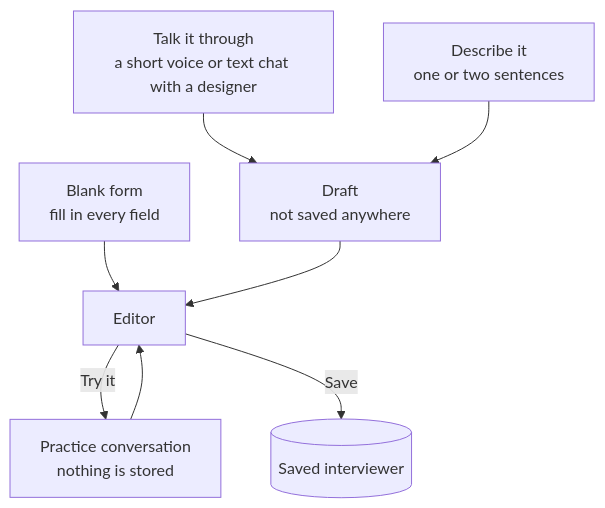
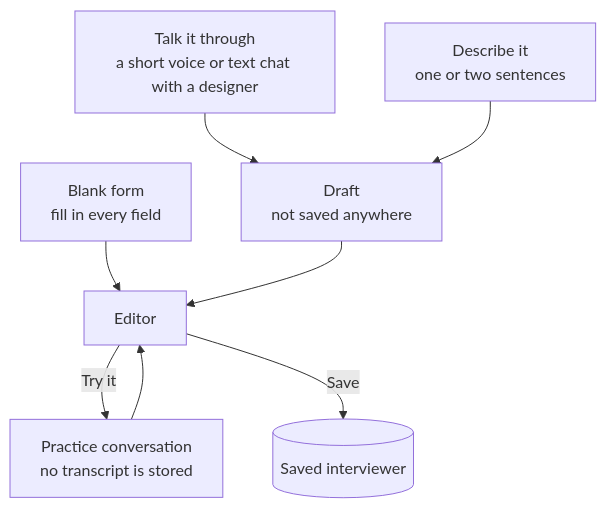
The first of 2 diagrams in docs/interviewers.md (mgwinthrop/interview-studio), drawn with Mermaid before and after one commit. The commit also changed other lines of this file and 3 other files, not shown here.

````diff
--- a/docs/interviewers.md
+++ b/docs/interviewers.md
@@ -51,10 +51,10 @@
 ```mermaid
 flowchart TD
     A["Talk it through<br/>a short voice or text chat with a designer"] --> D
     B["Describe it<br/>one or two sentences"] --> D
     C["Blank form<br/>fill in every field"] --> E
     D["Draft<br/>not saved anywhere"] --> E["Editor"]
-    E -- "Try it" --> T["Practice conversation<br/>nothing is stored"]
+    E -- "Try it" --> T["Practice conversation<br/>no transcript is stored"]
     T --> E
     E -- "Save" --> S[("Saved interviewer")]
 ```
````
